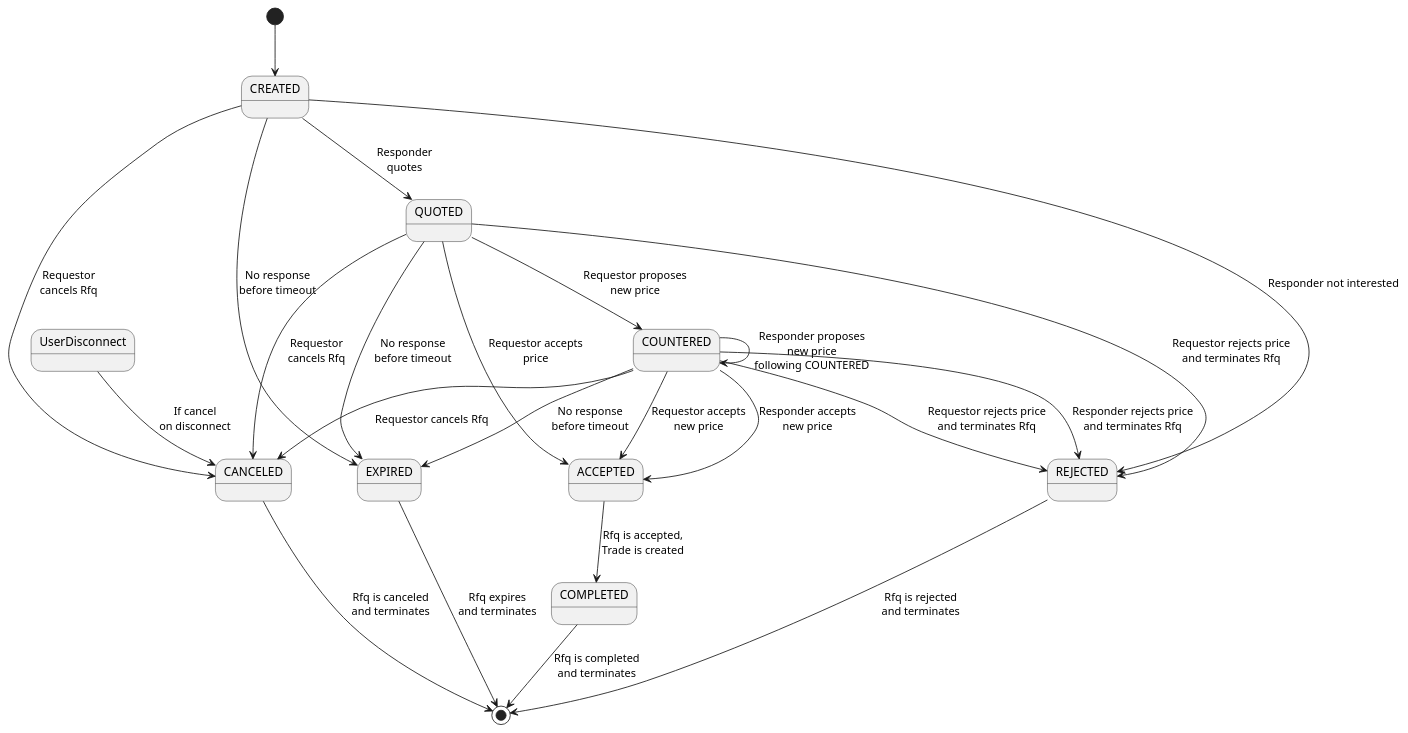
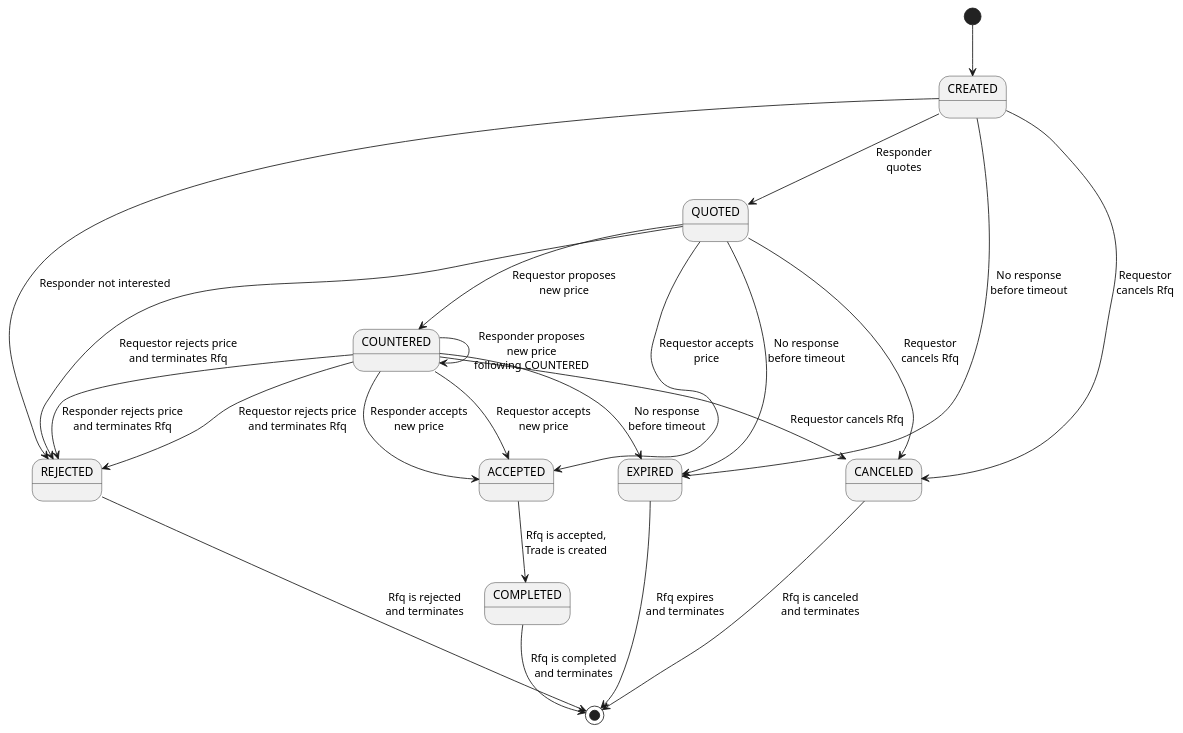
One commit to real-logic/aeron-cookbook-code changed the diagram in rfq/cluster/src/main/java/com/aeroncookbook/rfq/domain/rfq/states/rfq-states.puml. Above: the diagram before and after it, drawn with PlantUML. The commit also changed 5 other files, not shown here.

```diff
--- a/rfq/cluster/src/main/java/com/aeroncookbook/rfq/domain/rfq/states/rfq-states.puml
+++ b/rfq/cluster/src/main/java/com/aeroncookbook/rfq/domain/rfq/states/rfq-states.puml
@@ -1,32 +1,30 @@
 @startuml
 [*] --> CREATED
 
 CREATED -> REJECTED : Responder not interested
 CREATED --> QUOTED : Responder\nquotes
 CREATED --> EXPIRED : No response\nbefore timeout
 
 QUOTED --> COUNTERED : Requestor proposes\nnew price
 QUOTED --> ACCEPTED : Requestor accepts\nprice
 QUOTED --> REJECTED : Requestor rejects price\nand terminates Rfq
 QUOTED --> EXPIRED : No response\nbefore timeout
 
 CREATED --> CANCELED : Requestor\ncancels Rfq
 QUOTED --> CANCELED : Requestor\ncancels Rfq
 COUNTERED --> EXPIRED :  No response\nbefore timeout
 COUNTERED --> CANCELED :  Requestor cancels Rfq
 COUNTERED --> COUNTERED : Responder proposes\nnew price\nfollowing COUNTERED
 COUNTERED --> ACCEPTED : Requestor accepts\nnew price
 COUNTERED --> ACCEPTED : Responder accepts\nnew price
 COUNTERED --> REJECTED : Requestor rejects price\nand terminates Rfq
 COUNTERED --> REJECTED : Responder rejects price\nand terminates Rfq
 
 ACCEPTED --> COMPLETED : Rfq is accepted,\nTrade is created
 
 REJECTED --> [*] : Rfq is rejected\nand terminates
 COMPLETED --> [*] : Rfq is completed\nand terminates
 CANCELED --> [*] : Rfq is canceled\nand terminates
 EXPIRED --> [*] : Rfq expires\nand terminates
 
-UserDisconnect -down-> CANCELED : If cancel\non disconnect
-
 @enduml
```
